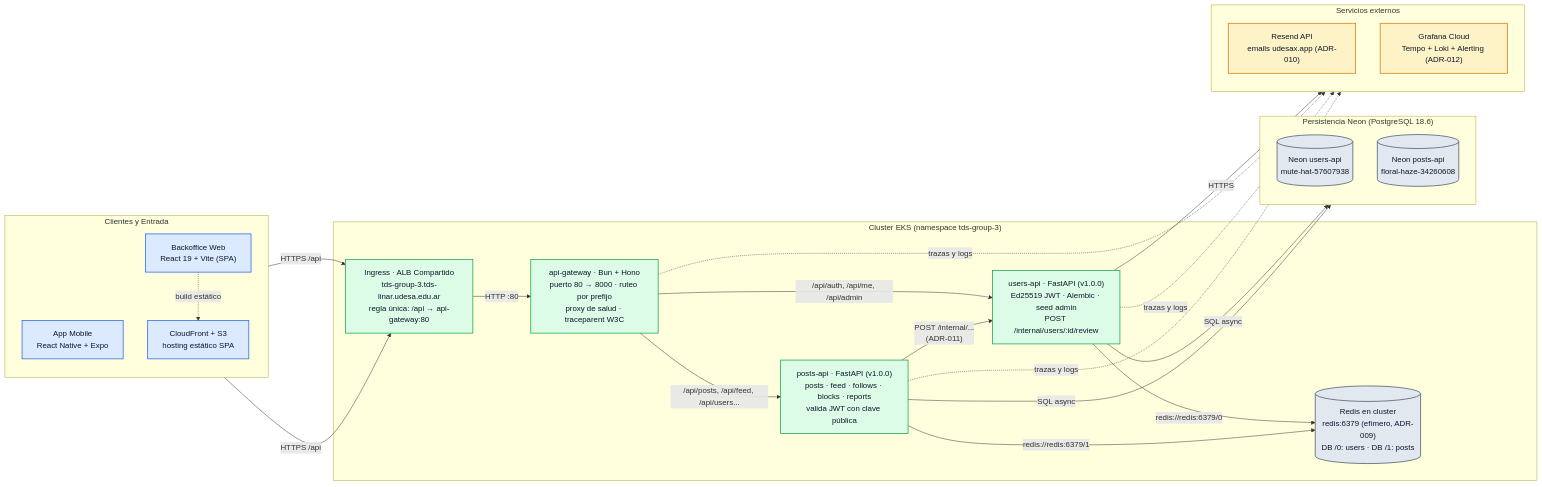
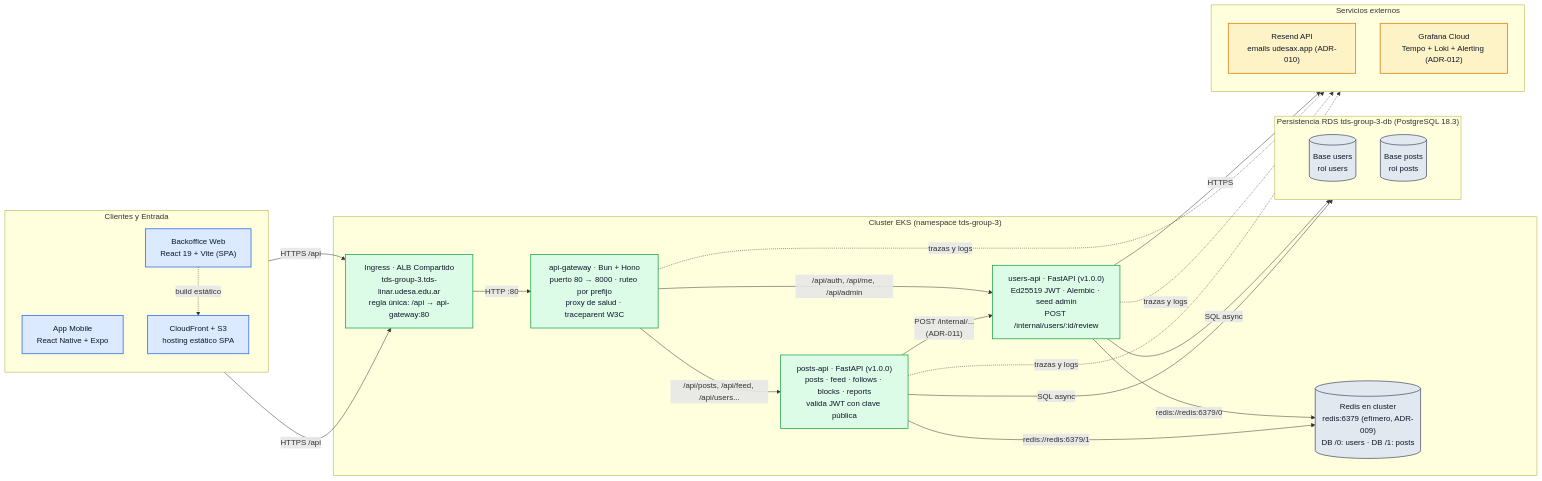
Before and after one commit to tds-g3-2s2026/udesa-x-platform: the second of 4 diagrams in docs/C4.md, drawn with Mermaid. The commit also changed other lines of this file and 8 other files, not shown here.

First line of the commit message:
fix(postgres): mover las bases de producción de Neon a RDS (#112)

````diff
--- a/docs/C4.md
+++ b/docs/C4.md
@@ -79,60 +79,60 @@
 ```mermaid
 flowchart LR
     subgraph clientes["Clientes y Entrada"]
         direction TB
         MOB["App Mobile<br/>React Native + Expo"]
         BO["Backoffice Web<br/>React 19 + Vite (SPA)"]
         CDN["CloudFront + S3<br/>hosting estático SPA"]
         BO -.->|"build estático"| CDN
     end
 
     subgraph k8s["Cluster EKS (namespace tds-group-3)"]
         ING["Ingress · ALB Compartido<br/>tds-group-3.tds-linar.udesa.edu.ar<br/>regla única: /api → api-gateway:80"]
         GW["api-gateway · Bun + Hono<br/>puerto 80 → 8000 · ruteo por prefijo<br/>proxy de salud · traceparent W3C"]
         
         ING -->|"HTTP :80"| GW
 
         USR["users-api · FastAPI (v1.0.0)<br/>Ed25519 JWT · Alembic · seed admin<br/>POST /internal/users/:id/review"]
         PST["posts-api · FastAPI (v1.0.0)<br/>posts · feed · follows · blocks · reports<br/>valida JWT con clave pública"]
         RED[("Redis en cluster<br/>redis:6379 (efímero, ADR-009)<br/>DB /0: users · DB /1: posts")]
 
         GW -->|"/api/auth, /api/me, /api/admin"| USR
         GW -->|"/api/posts, /api/feed, /api/users..."| PST
         PST -->|"POST /internal/...<br/>(ADR-011)"| USR
 
         USR -->|"redis://redis:6379/0"| RED
         PST -->|"redis://redis:6379/1"| RED
     end
 
-    subgraph datos["Persistencia Neon (PostgreSQL 18.6)"]
+    subgraph datos["Persistencia RDS tds-group-3-db (PostgreSQL 18.3)"]
         direction TB
-        NEON_U[("Neon users-api<br/>mute-hat-57607938")]
-        NEON_P[("Neon posts-api<br/>floral-haze-34260608")]
+        RDS_U[("Base users<br/>rol users")]
+        RDS_P[("Base posts<br/>rol posts")]
     end
 
     subgraph externos["Servicios externos"]
         direction TB
         RESEND["Resend API<br/>emails udesax.app (ADR-010)"]
         GRAFANA["Grafana Cloud<br/>Tempo + Loki + Alerting (ADR-012)"]
     end
 
     MOB -->|"HTTPS /api"| ING
     BO -->|"HTTPS /api"| ING
 
-    USR -->|"SQL async"| NEON_U
-    PST -->|"SQL async"| NEON_P
+    USR -->|"SQL async"| RDS_U
+    PST -->|"SQL async"| RDS_P
     USR -->|"HTTPS"| RESEND
 
     GW -.->|"trazas y logs"| GRAFANA
     USR -.->|"trazas y logs"| GRAFANA
     PST -.->|"trazas y logs"| GRAFANA
 
     classDef cliente fill:#dbeafe,stroke:#2563eb,stroke-width:1.5px,color:#0f172a
     classDef listo fill:#dcfce7,stroke:#16a34a,stroke-width:1.5px,color:#0f172a
     classDef store fill:#e2e8f0,stroke:#475569,stroke-width:1.5px,color:#0f172a
     classDef externo fill:#fef3c7,stroke:#d97706,stroke-width:1.5px,color:#0f172a
     class MOB,BO,CDN cliente
     class ING,GW,USR,PST listo
-    class RED,NEON_U,NEON_P store
+    class RED,RDS_U,RDS_P store
     class RESEND,GRAFANA externo
 ```
````
